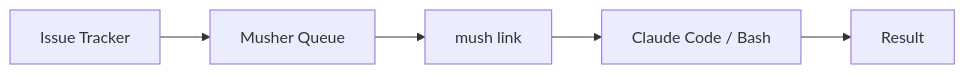
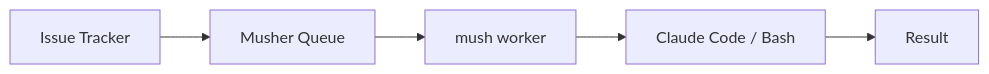
One commit to musher-dev/mush changed the diagram in README.md. Above: the diagram before and after it, drawn with Mermaid. The commit also changed other lines of this file and 48 other files, not shown here.

First line of the commit message:
feat(worker): rename link to worker with improved UX and architecture enforcement (#64)

````diff
--- a/README.md
+++ b/README.md
@@ -158,7 +158,7 @@
 ```mermaid
 flowchart LR
     A[Issue Tracker] --> B[Musher Queue]
-    B --> C[mush link]
+    B --> C[mush worker]
     C --> D[Claude Code / Bash]
     D --> E[Result]
 ```
````
